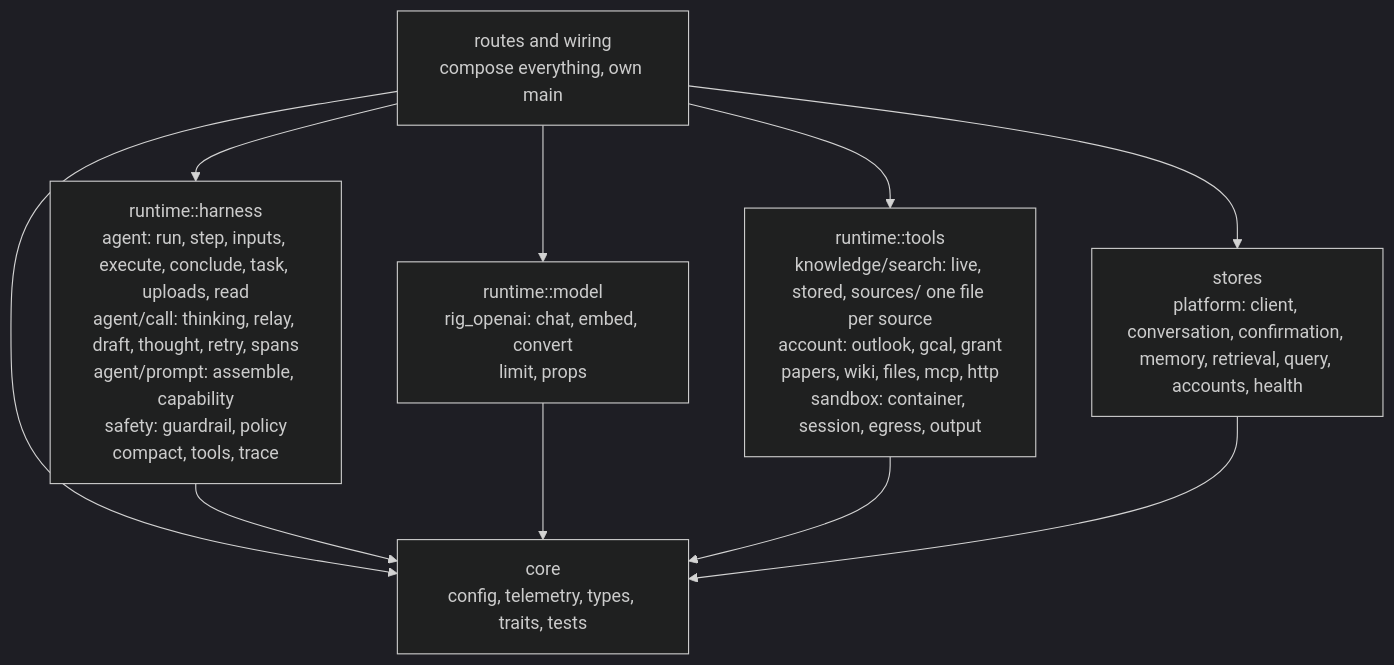
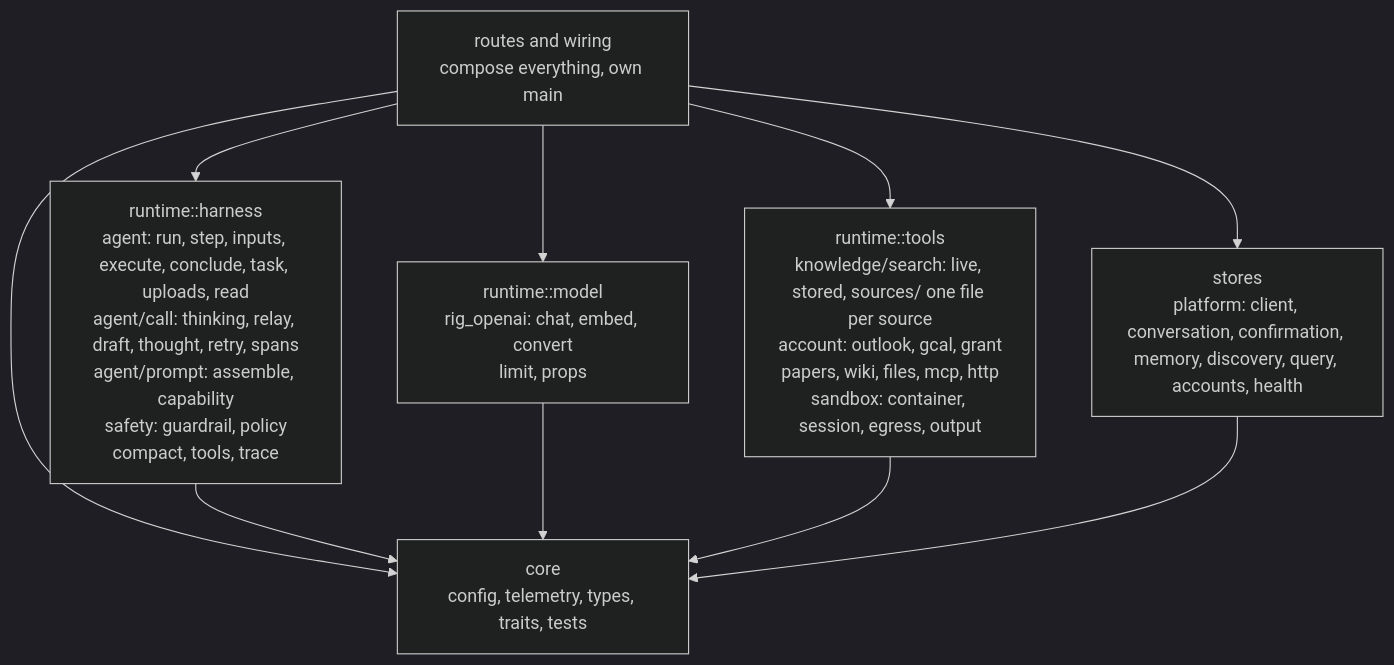
One commit to theaisocietyasu/sparky changed the second of 10 diagrams in docs/ARCHITECTURE.md. Above: the diagram before and after it, drawn with Mermaid (dark theme). The commit also changed other lines of this file and 92 other files, not shown here.

````diff
--- a/docs/ARCHITECTURE.md
+++ b/docs/ARCHITECTURE.md
@@ -123,19 +122,19 @@
 ```mermaid
 flowchart TD
     ROUTES["routes and wiring<br/>compose everything, own main"]
     HARNESS["runtime::harness<br/>agent: run, step, inputs, execute, conclude, task, uploads, read<br/>agent/call: thinking, relay, draft, thought, retry, spans<br/>agent/prompt: assemble, capability<br/>safety: guardrail, policy<br/>compact, tools, trace"]
     MODEL["runtime::model<br/>rig_openai: chat, embed, convert<br/>limit, props"]
     TOOLS["runtime::tools<br/>knowledge/search: live, stored, sources/ one file per source<br/>account: outlook, gcal, grant<br/>papers, wiki, files, mcp, http<br/>sandbox: container, session, egress, output"]
-    STORES["stores<br/>platform: client, conversation, confirmation, memory, retrieval, query, accounts, health"]
+    STORES["stores<br/>platform: client, conversation, confirmation, memory, discovery, query, accounts, health"]
     CORE["core<br/>config, telemetry, types, traits, tests"]
 
     ROUTES --> HARNESS
     ROUTES --> MODEL
     ROUTES --> TOOLS
     ROUTES --> STORES
     ROUTES --> CORE
     HARNESS --> CORE
     MODEL --> CORE
     TOOLS --> CORE
     STORES --> CORE
 ```
````
